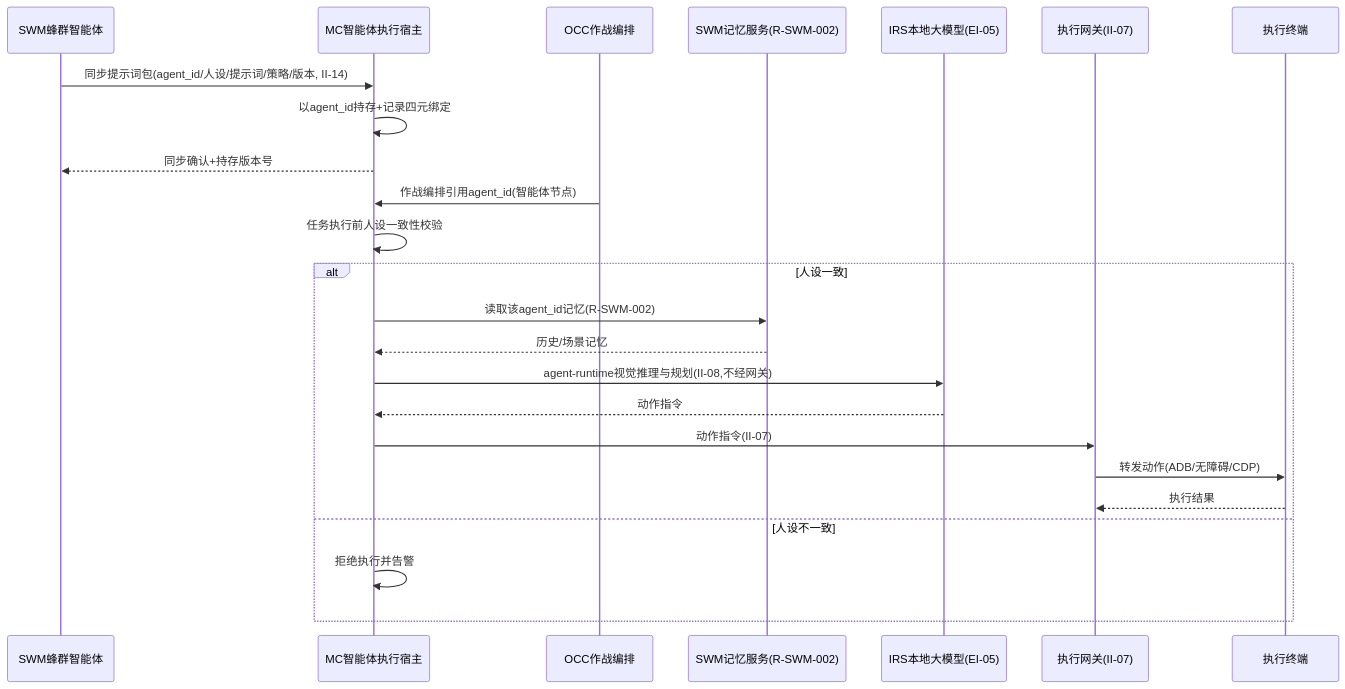
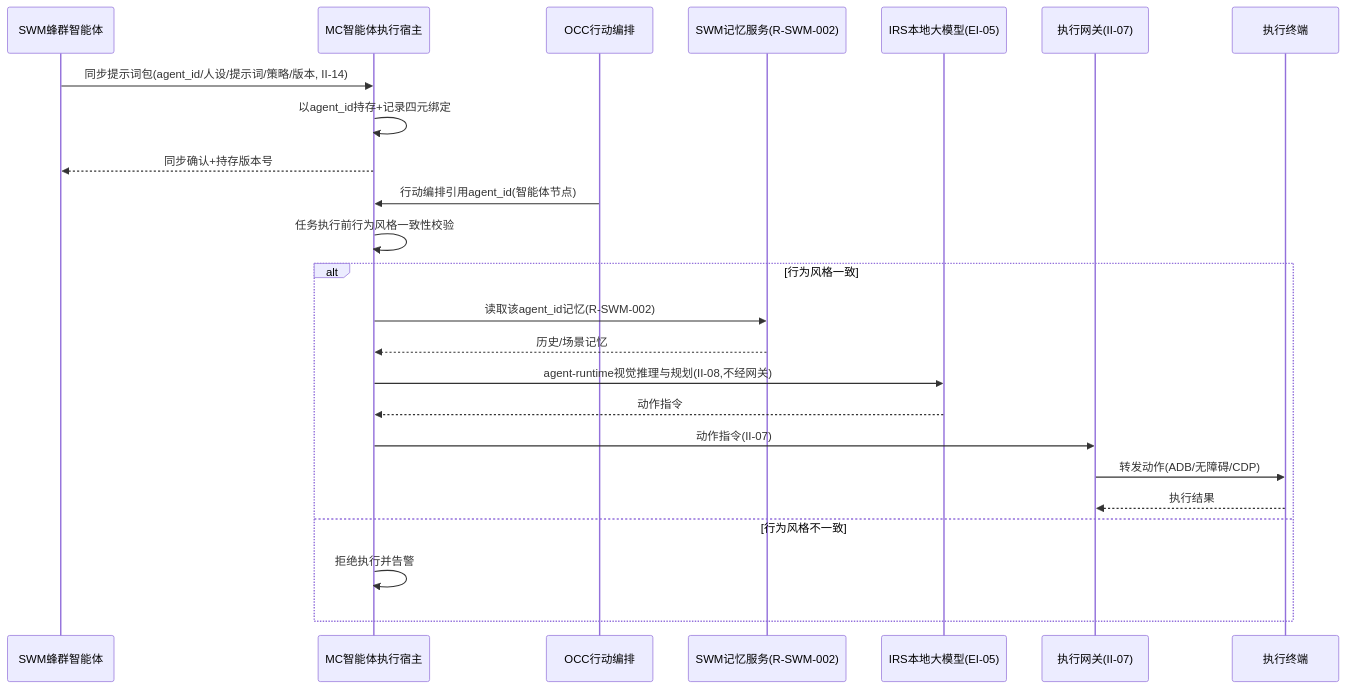
Diagram 16 of 16 in 公司项目/认知作战/文档/SRS/软件需求规格说明-MC子系统.md (Sj-g/obsidian), drawn with Mermaid before and after one commit. The commit also changed other lines of this file and 10 other files, not shown here.

````diff
--- a/公司项目/认知作战/文档/SRS/软件需求规格说明-MC子系统.md
+++ b/公司项目/认知作战/文档/SRS/软件需求规格说明-MC子系统.md
@@ -1206,26 +1214,26 @@
 ```mermaid
 sequenceDiagram
   participant SWM as SWM蜂群智能体
   participant MC as MC智能体执行宿主
-  participant OCC as OCC作战编排
+  participant OCC as OCC行动编排
   participant 记忆 as SWM记忆服务(R-SWM-002)
   participant IRS as IRS本地大模型(EI-05)
   participant 网关 as 执行网关(II-07)
   participant 终端 as 执行终端
   SWM->>MC: 同步提示词包(agent_id/人设/提示词/策略/版本, II-14)
   MC->>MC: 以agent_id持存+记录四元绑定
   MC-->>SWM: 同步确认+持存版本号
-  OCC->>MC: 作战编排引用agent_id(智能体节点)
-  MC->>MC: 任务执行前人设一致性校验
-  alt 人设一致
+  OCC->>MC: 行动编排引用agent_id(智能体节点)
+  MC->>MC: 任务执行前行为风格一致性校验
+  alt 行为风格一致
     MC->>记忆: 读取该agent_id记忆(R-SWM-002)
     记忆-->>MC: 历史/场景记忆
     MC->>IRS: agent-runtime视觉推理与规划(II-08,不经网关)
     IRS-->>MC: 动作指令
     MC->>网关: 动作指令(II-07)
     网关->>终端: 转发动作(ADB/无障碍/CDP)
     终端-->>网关: 执行结果
-  else 人设不一致
+  else 行为风格不一致
     MC->>MC: 拒绝执行并告警
   end
 ```
````
